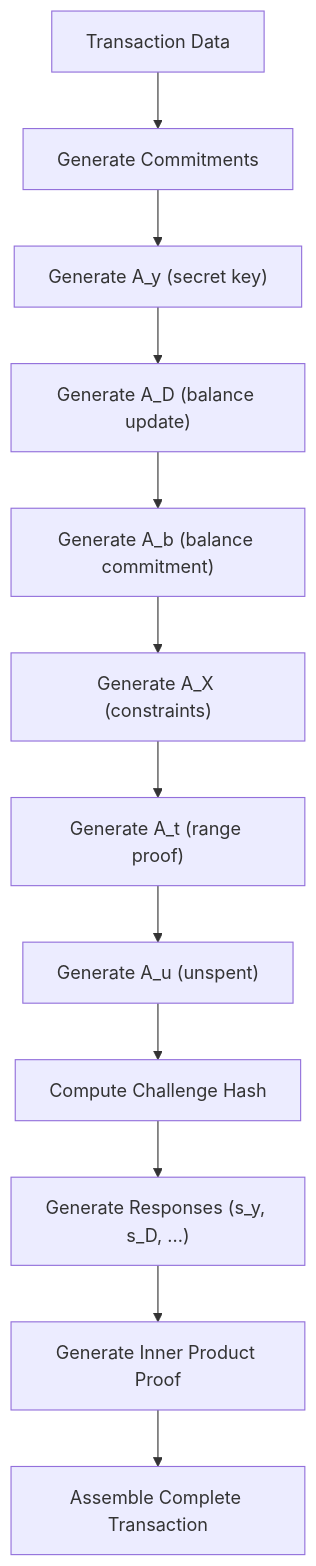
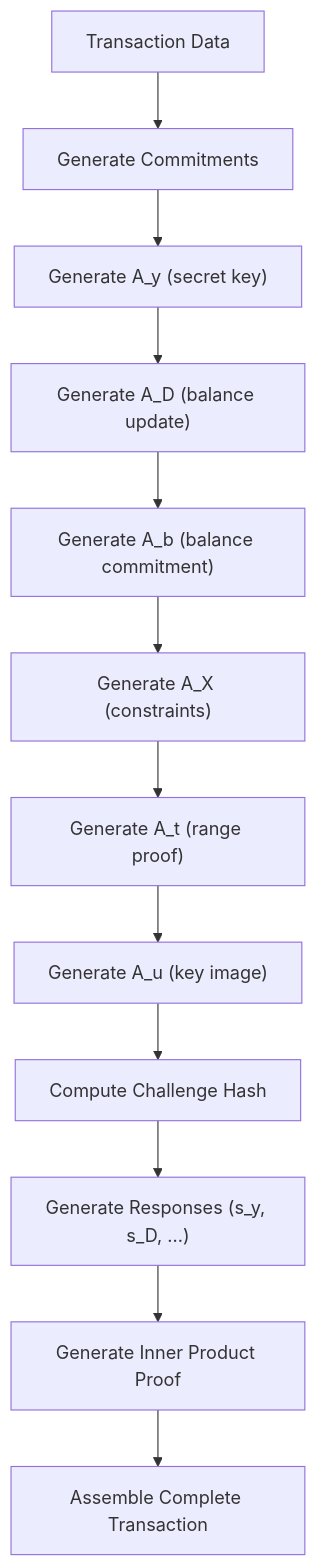
Before and after one commit to DHEBP/dero-docs: the second of 6 diagrams in derod-main/pages/integrity/proof-verification-flow.mdx, drawn with Mermaid. The commit also changed other lines of this file and 7 other files, not shown here.

````diff
--- a/derod-main/pages/integrity/proof-verification-flow.mdx
+++ b/derod-main/pages/integrity/proof-verification-flow.mdx
@@ -87,15 +72,15 @@
 ```mermaid
 flowchart TD
     A["Transaction Data"] --> B["Generate Commitments"]
     B --> C["Generate A_y (secret key)"]
     C --> D["Generate A_D (balance update)"]
     D --> E["Generate A_b (balance commitment)"]
     E --> F["Generate A_X (constraints)"]
     F --> G["Generate A_t (range proof)"]
-    G --> H["Generate A_u (unspent)"]
+    G --> H["Generate A_u (key image)"]
     
     H --> I["Compute Challenge Hash"]
     I --> J["Generate Responses (s_y, s_D, ...)"]
     J --> K["Generate Inner Product Proof"]
     K --> L["Assemble Complete Transaction"]
 ```
````
